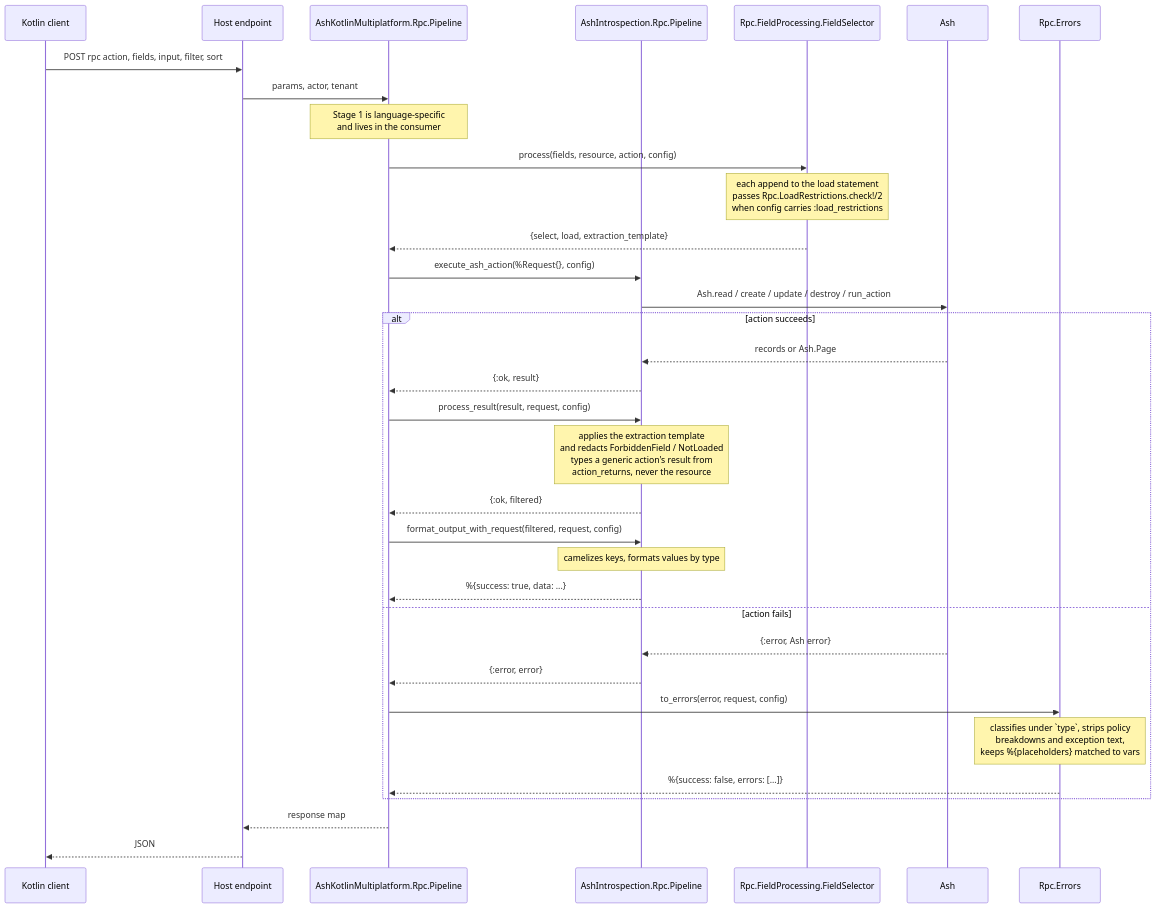
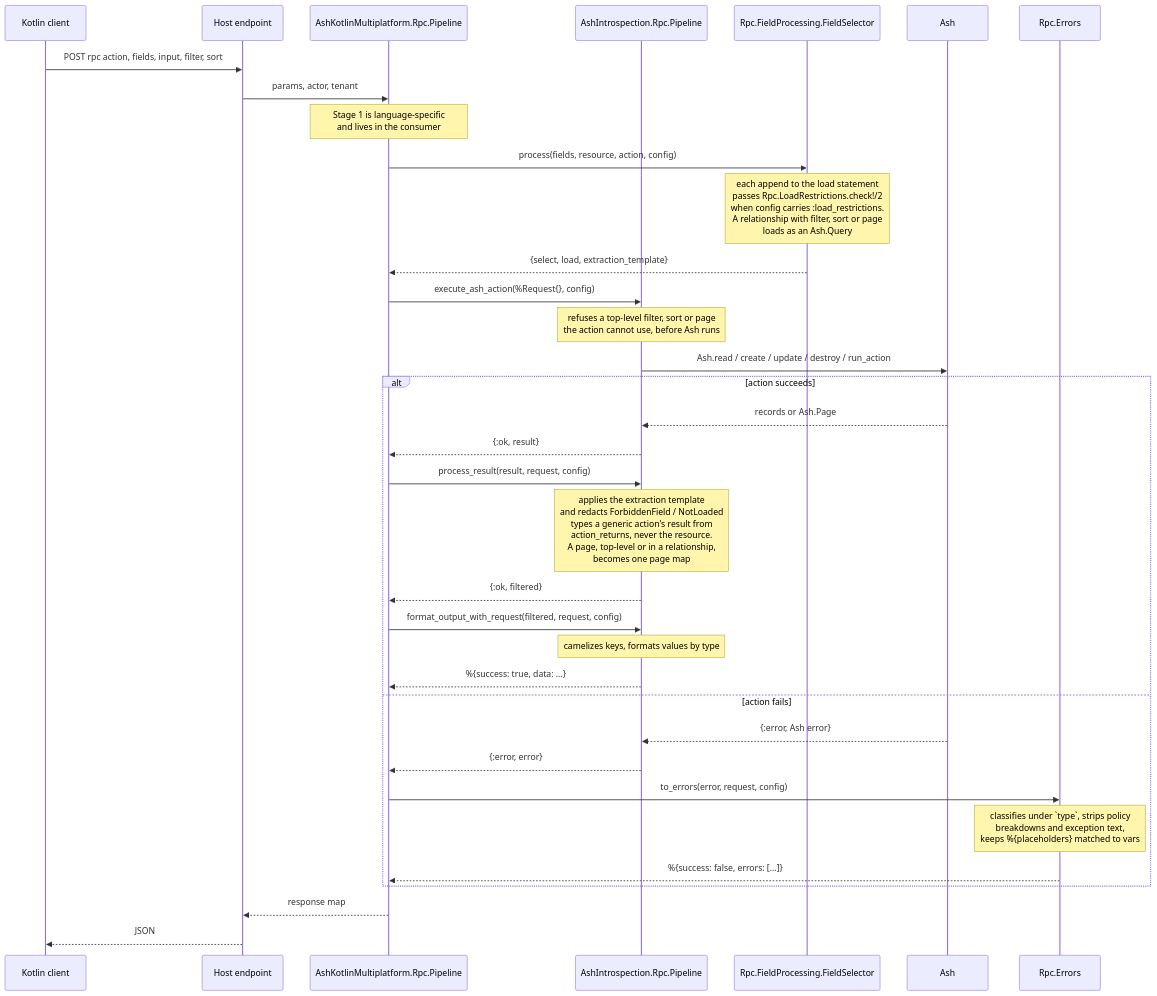
One commit to udin-io/ash_introspection changed the fifth of 5 diagrams in docs/architecture.md. Above: the diagram before and after it, drawn with Mermaid. The commit also changed other lines of this file and 22 other files, not shown here.

First line of the commit message:
Add relationship query envelopes and strict top-level query params (#111)

````diff
--- a/docs/architecture.md
+++ b/docs/architecture.md
@@ -323,37 +325,38 @@
 ```mermaid
 sequenceDiagram
     participant C as Kotlin client
     participant P as Host endpoint
     participant K as AshKotlinMultiplatform.Rpc.Pipeline
     participant S as AshIntrospection.Rpc.Pipeline
     participant F as Rpc.FieldProcessing.FieldSelector
     participant A as Ash
     participant E as Rpc.Errors
 
     C->>P: POST rpc action, fields, input, filter, sort
     P->>K: params, actor, tenant
     Note over K: Stage 1 is language-specific<br/>and lives in the consumer
     K->>F: process(fields, resource, action, config)
-    Note over F: each append to the load statement<br/>passes Rpc.LoadRestrictions.check!/2<br/>when config carries :load_restrictions
+    Note over F: each append to the load statement<br/>passes Rpc.LoadRestrictions.check!/2<br/>when config carries :load_restrictions.<br/>A relationship with filter, sort or page<br/>loads as an Ash.Query
     F-->>K: {select, load, extraction_template}
     K->>S: execute_ash_action(%Request{}, config)
+    Note over S: refuses a top-level filter, sort or page<br/>the action cannot use, before Ash runs
     S->>A: Ash.read / create / update / destroy / run_action
     alt action succeeds
         A-->>S: records or Ash.Page
         S-->>K: {:ok, result}
         K->>S: process_result(result, request, config)
-        Note over S: applies the extraction template<br/>and redacts ForbiddenField / NotLoaded<br/>types a generic action's result from<br/>action_returns, never the resource
+        Note over S: applies the extraction template<br/>and redacts ForbiddenField / NotLoaded<br/>types a generic action's result from<br/>action_returns, never the resource.<br/>A page, top-level or in a relationship,<br/>becomes one page map
         S-->>K: {:ok, filtered}
         K->>S: format_output_with_request(filtered, request, config)
         Note over S: camelizes keys, formats values by type
         S-->>K: %{success: true, data: ...}
     else action fails
         A-->>S: {:error, Ash error}
         S-->>K: {:error, error}
         K->>E: to_errors(error, request, config)
         Note over E: classifies under `type`, strips policy<br/>breakdowns and exception text,<br/>keeps %{placeholders} matched to vars
         E-->>K: %{success: false, errors: [...]}
     end
     K-->>P: response map
     P-->>C: JSON
 ```
````
